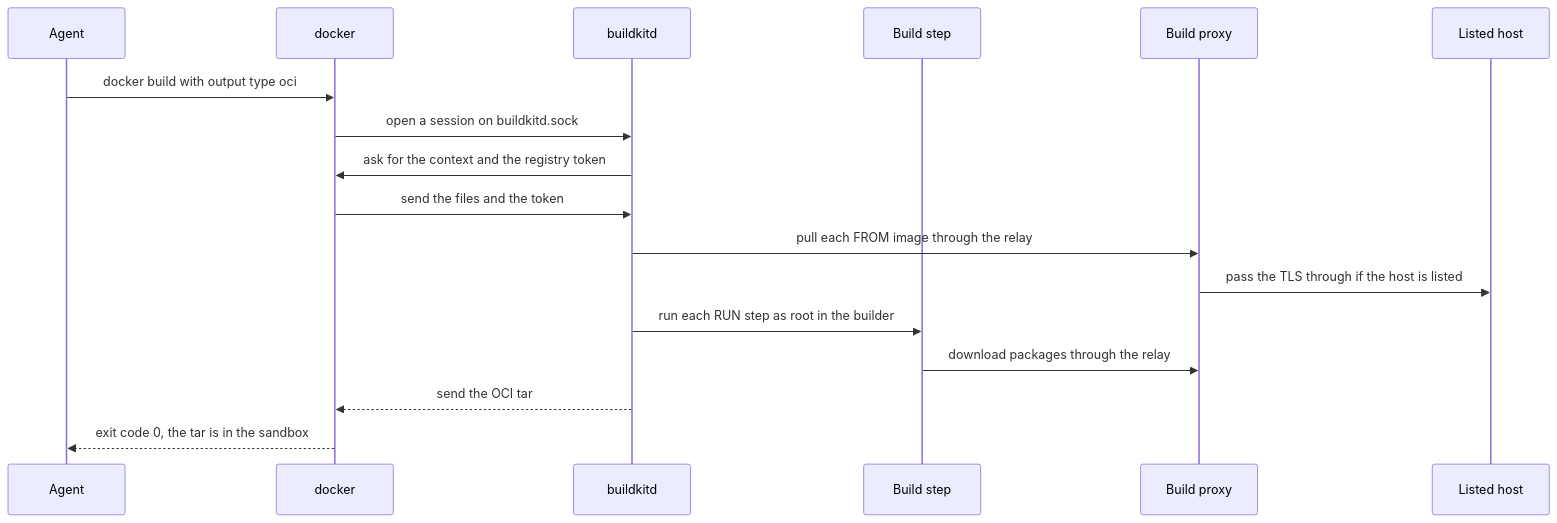
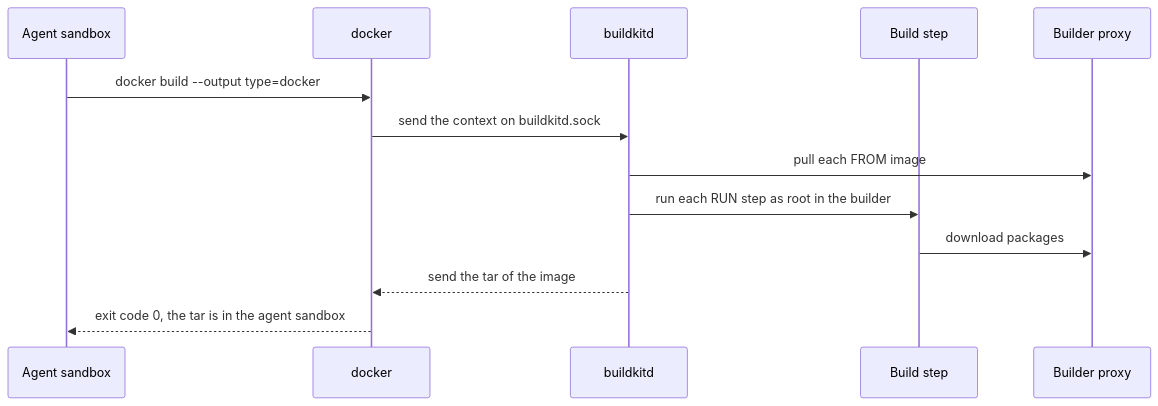
One commit to raghav19/engineersdaybook changed the fifth of 6 diagrams in .sandbox/docs/internals.md. Above: the diagram before and after it, drawn with Mermaid. The commit also changed other lines of this file and 28 other files, not shown here.

First line of the commit message:
sandbox: push with crane, rename the agent unit and shorten the docs

````diff
--- a/.sandbox/docs/internals.md
+++ b/.sandbox/docs/internals.md
@@ -117,19 +136,15 @@
 ```mermaid
 sequenceDiagram
-    participant Agent
+    participant Agent as Agent sandbox
     participant docker
     participant buildkitd
     participant Step as Build step
-    participant BP as Build proxy
-    participant Host as Listed host
-    Agent->>docker: docker build with output type oci
-    docker->>buildkitd: open a session on buildkitd.sock
-    buildkitd->>docker: ask for the context and the registry token
-    docker->>buildkitd: send the files and the token
-    buildkitd->>BP: pull each FROM image through the relay
-    BP->>Host: pass the TLS through if the host is listed
+    participant BP as Builder proxy
+    Agent->>docker: docker build --output type=docker
+    docker->>buildkitd: send the context on buildkitd.sock
+    buildkitd->>BP: pull each FROM image
     buildkitd->>Step: run each RUN step as root in the builder
-    Step->>BP: download packages through the relay
-    buildkitd-->>docker: send the OCI tar
-    docker-->>Agent: exit code 0, the tar is in the sandbox
+    Step->>BP: download packages
+    buildkitd-->>docker: send the tar of the image
+    docker-->>Agent: exit code 0, the tar is in the agent sandbox
 ```
````
